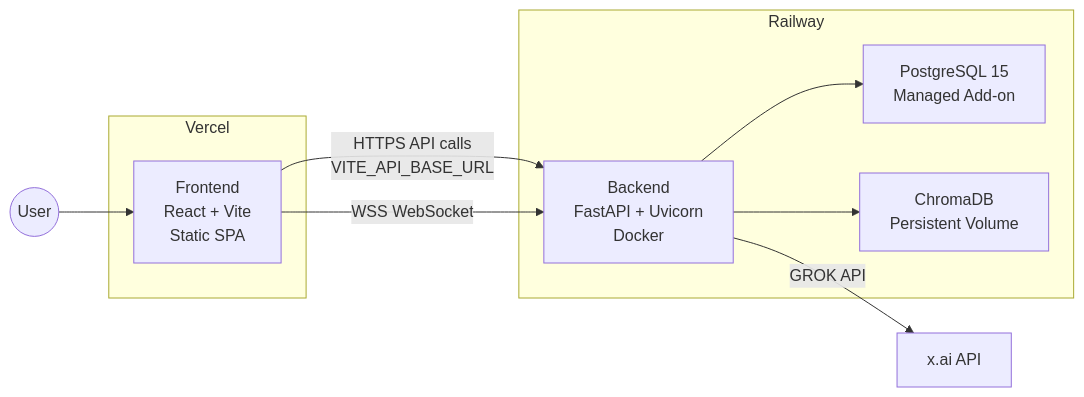
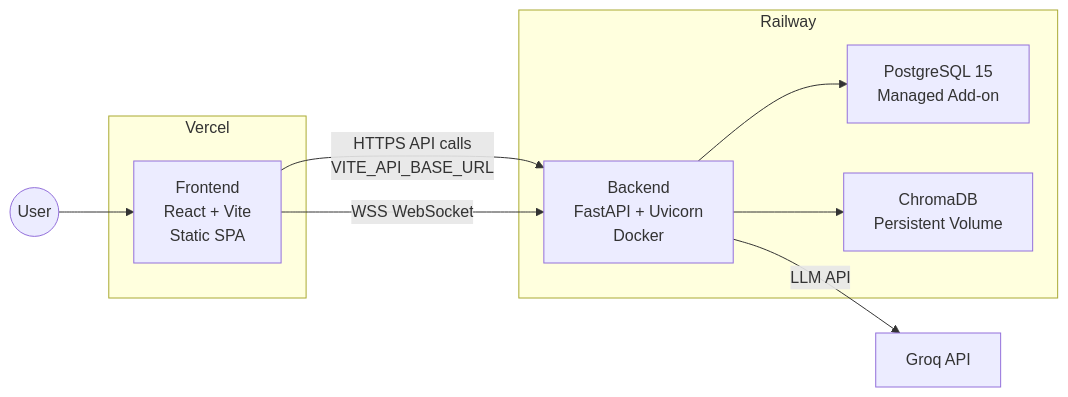
The first of 2 diagrams in docs/deployment_plan.md (Pranjalian/RAG_for_GROW), drawn with Mermaid before and after one commit. The commit also changed other lines of this file and 13 other files, not shown here.

````diff
--- a/docs/deployment_plan.md
+++ b/docs/deployment_plan.md
@@ -9,19 +9,19 @@
 ```mermaid
 graph LR
     subgraph Vercel
         FE["Frontend<br/>React + Vite<br/>Static SPA"]
     end
 
     subgraph Railway
         BE["Backend<br/>FastAPI + Uvicorn<br/>Docker"]
         PG["PostgreSQL 15<br/>Managed Add-on"]
         CHROMA["ChromaDB<br/>Persistent Volume"]
     end
 
     User((User)) --> FE
     FE -- "HTTPS API calls<br/>VITE_API_BASE_URL" --> BE
     FE -- "WSS WebSocket" --> BE
     BE --> PG
     BE --> CHROMA
-    BE -- "GROK API" --> GROK["x.ai API"]
+    BE -- "LLM API" --> GROK["Groq API"]
 ```
````
